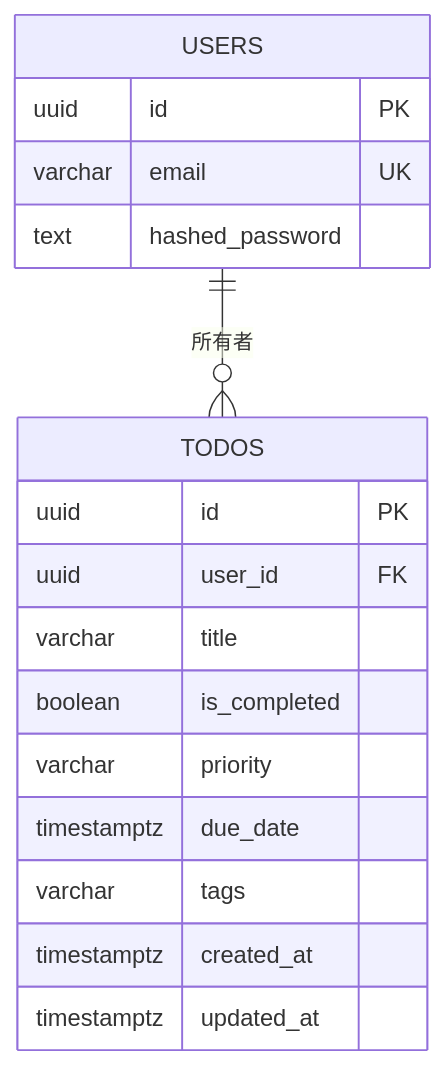
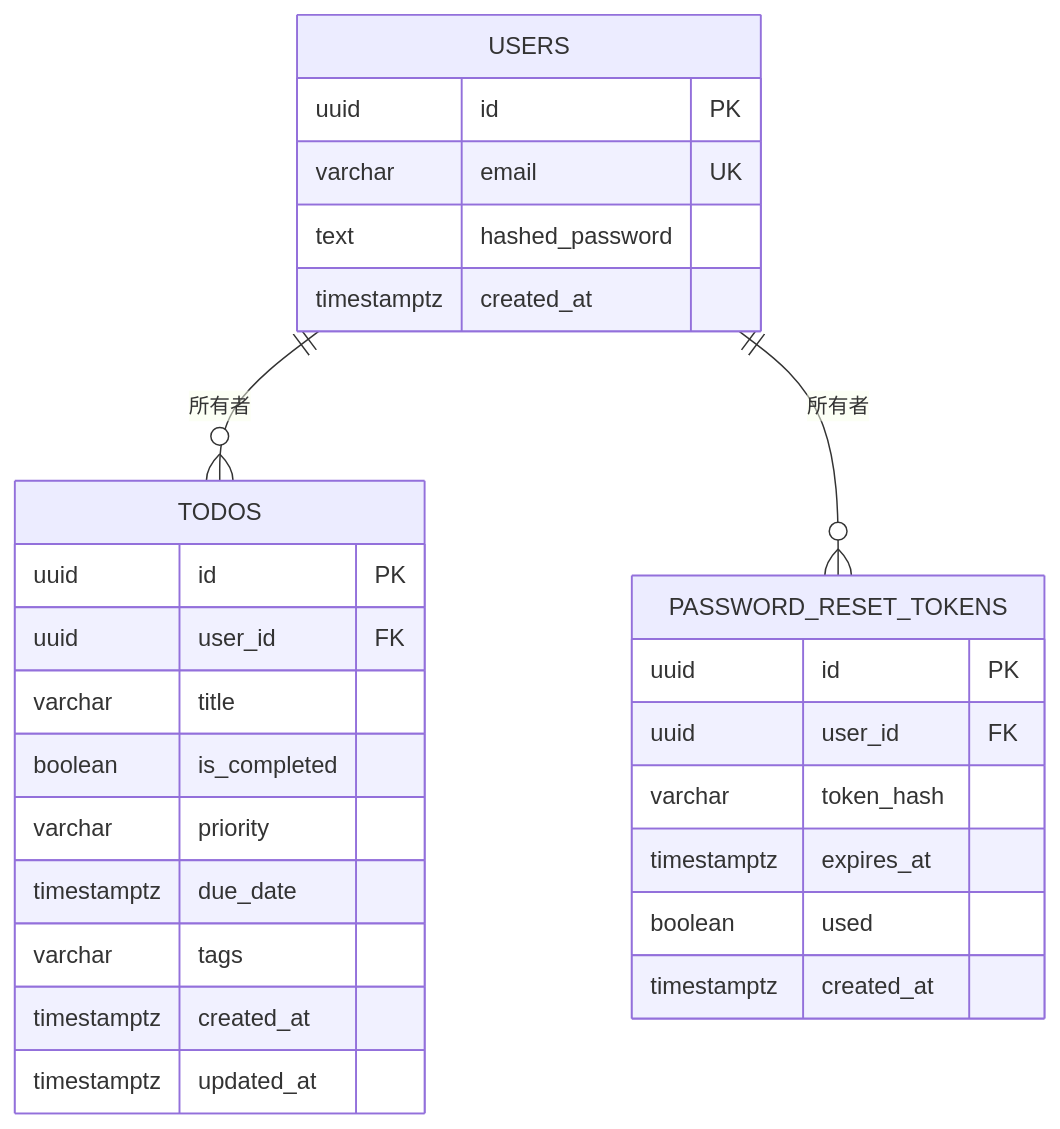
One commit to ss8806/Todos changed the second of 6 diagrams in .qoder/repowiki/ja/content/データベース設計/データベーススキーマ.md. Above: the diagram before and after it, drawn with Mermaid. The commit also changed other lines of this file and 38 other files, not shown here.

````diff
--- a/.qoder/repowiki/ja/content/データベース設計/データベーススキーマ.md
+++ b/.qoder/repowiki/ja/content/データベース設計/データベーススキーマ.md
@@ -113,20 +110,30 @@
 ```mermaid
 erDiagram
 USERS {
 uuid id PK
 varchar email UK
 text hashed_password
+timestamptz created_at
 }
 TODOS {
 uuid id PK
 uuid user_id FK
 varchar title
 boolean is_completed
 varchar priority
 timestamptz due_date
 varchar tags
 timestamptz created_at
 timestamptz updated_at
 }
+PASSWORD_RESET_TOKENS {
+uuid id PK
+uuid user_id FK
+varchar token_hash
+timestamptz expires_at
+boolean used
+timestamptz created_at
+}
 USERS ||--o{ TODOS : "所有者"
+USERS ||--o{ PASSWORD_RESET_TOKENS : "所有者"
 ```
````
